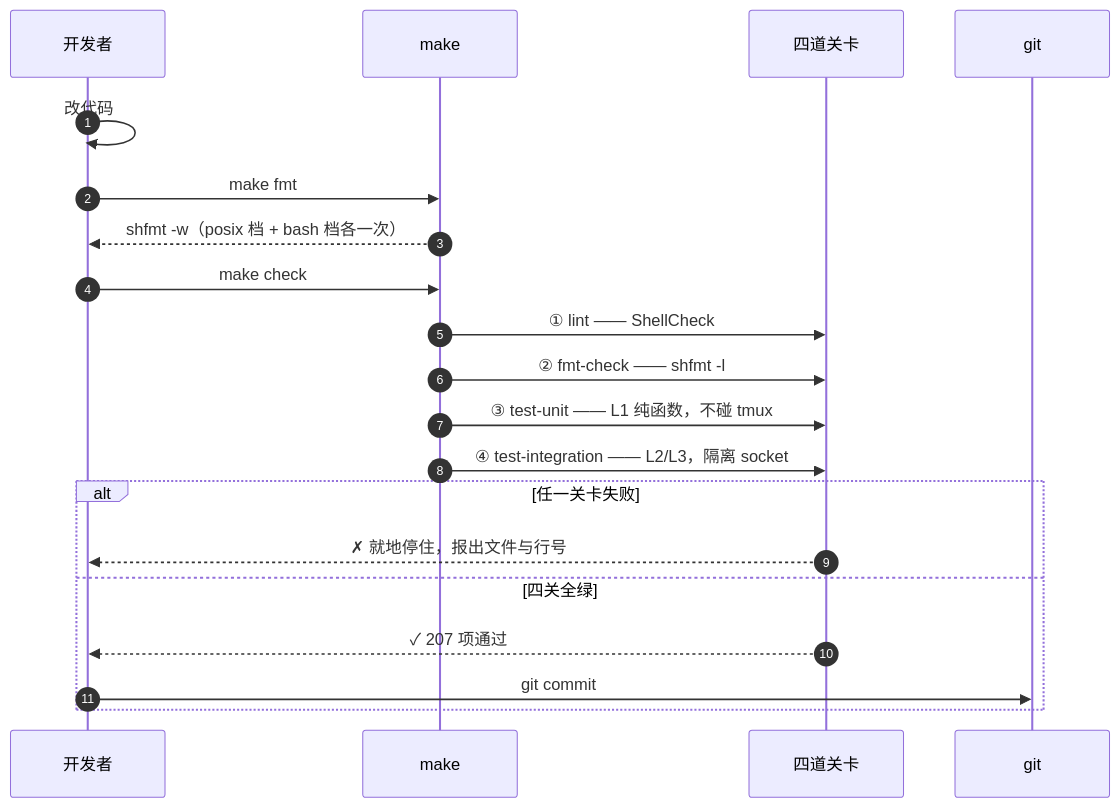
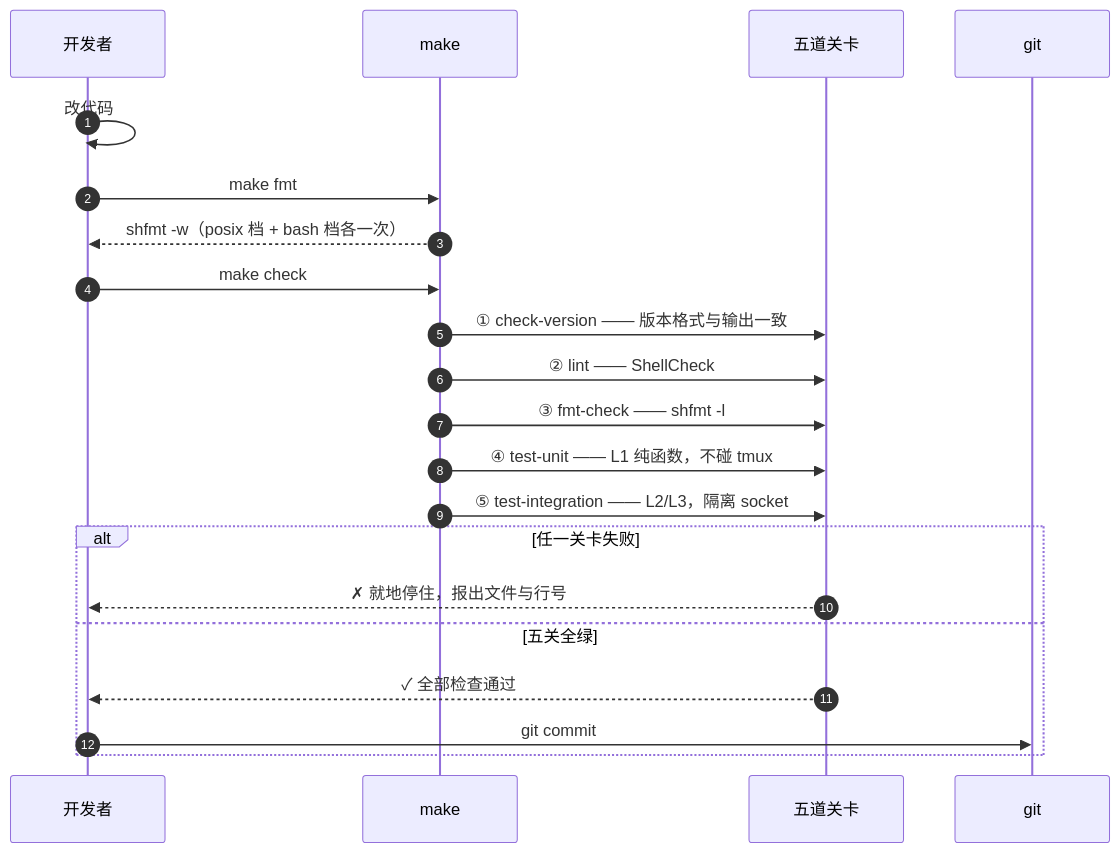
Before and after one commit to rich1e/tmux-whistle: the first of 2 diagrams in docs/development.md, drawn with Mermaid. The commit also changed other lines of this file and 9 other files, not shown here.

````diff
--- a/docs/development.md
+++ b/docs/development.md
@@ -55,23 +57,24 @@
 ```mermaid
 sequenceDiagram
     autonumber
     participant Dev as 开发者
     participant mk as make
-    participant gate as 四道关卡
+    participant gate as 五道关卡
     participant git as git
 
     Dev->>Dev: 改代码
     Dev->>mk: make fmt
     mk-->>Dev: shfmt -w（posix 档 + bash 档各一次）
     Dev->>mk: make check
-    mk->>gate: ① lint —— ShellCheck
-    mk->>gate: ② fmt-check —— shfmt -l
-    mk->>gate: ③ test-unit —— L1 纯函数，不碰 tmux
-    mk->>gate: ④ test-integration —— L2/L3，隔离 socket
+    mk->>gate: ① check-version —— 版本格式与输出一致
+    mk->>gate: ② lint —— ShellCheck
+    mk->>gate: ③ fmt-check —— shfmt -l
+    mk->>gate: ④ test-unit —— L1 纯函数，不碰 tmux
+    mk->>gate: ⑤ test-integration —— L2/L3，隔离 socket
     alt 任一关卡失败
         gate-->>Dev: ✗ 就地停住，报出文件与行号
-    else 四关全绿
-        gate-->>Dev: ✓ 207 项通过
+    else 五关全绿
+        gate-->>Dev: ✓ 全部检查通过
         Dev->>git: git commit
     end
 ```
````
